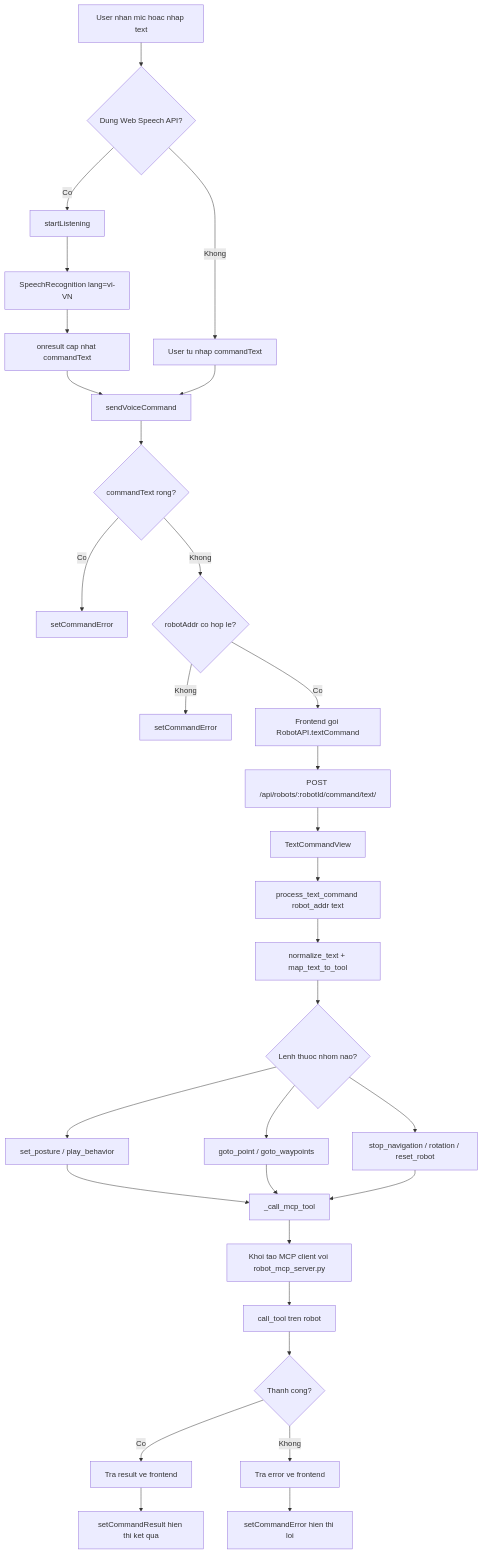
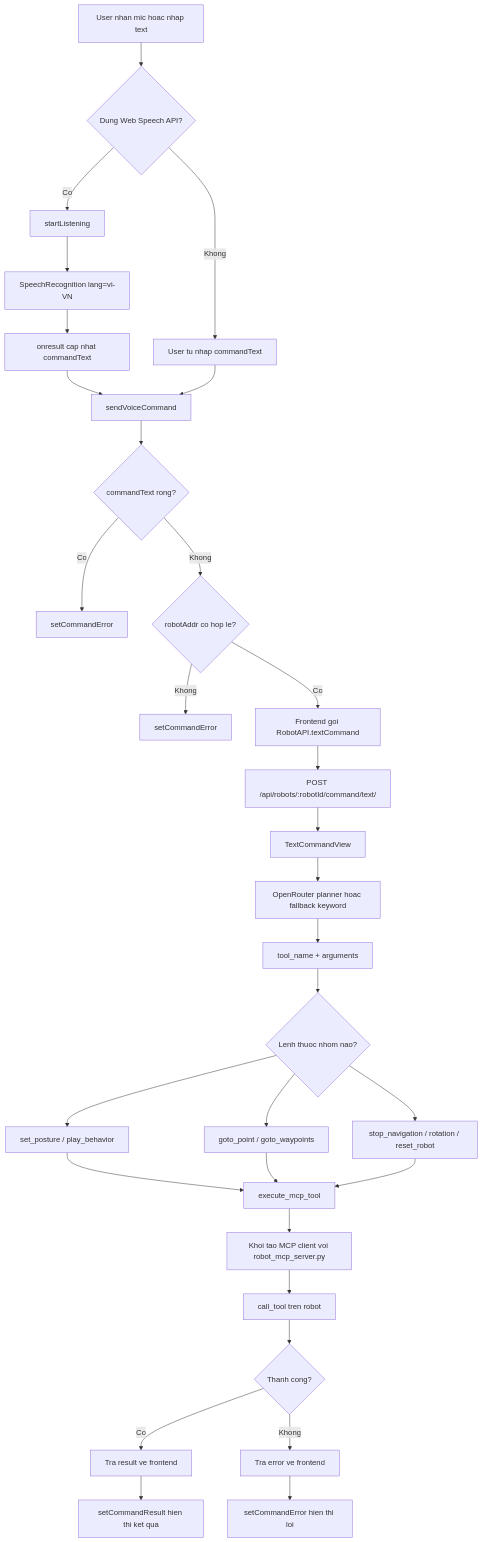
Before and after one commit to hoangbao2709/HK251-DAGD1-430-dogzilla_robot: the first of 2 diagrams in docs/ai-voice-qr-flowchart.md, drawn with Mermaid. The commit also changed 17 other files, not shown here.

````diff
--- a/docs/ai-voice-qr-flowchart.md
+++ b/docs/ai-voice-qr-flowchart.md
@@ -5,33 +5,33 @@
 ```mermaid
 flowchart TD
     A[User nhan mic hoac nhap text] --> B{Dung Web Speech API?}
     B -- Co --> C[startListening]
     C --> D[SpeechRecognition lang=vi-VN]
     D --> E[onresult cap nhat commandText]
     B -- Khong --> F[User tu nhap commandText]
     E --> G[sendVoiceCommand]
     F --> G
     G --> H{commandText rong?}
     H -- Co --> H1[setCommandError]
     H -- Khong --> I{robotAddr co hop le?}
     I -- Khong --> I1[setCommandError]
     I -- Co --> J[Frontend goi RobotAPI.textCommand]
     J --> K[POST /api/robots/:robotId/command/text/]
     K --> L[TextCommandView]
-    L --> M[process_text_command robot_addr text]
-    M --> N[normalize_text + map_text_to_tool]
+    L --> M[OpenRouter planner hoac fallback keyword]
+    M --> N[tool_name + arguments]
     N --> O{Lenh thuoc nhom nao?}
     O --> O1[set_posture / play_behavior]
     O --> O2[goto_point / goto_waypoints]
     O --> O3[stop_navigation / rotation / reset_robot]
-    O1 --> P[_call_mcp_tool]
+    O1 --> P[execute_mcp_tool]
     O2 --> P
     O3 --> P
     P --> Q[Khoi tao MCP client voi robot_mcp_server.py]
     Q --> R[call_tool tren robot]
     R --> S{Thanh cong?}
     S -- Co --> T[Tra result ve frontend]
     S -- Khong --> U[Tra error ve frontend]
     T --> V[setCommandResult hien thi ket qua]
     U --> W[setCommandError hien thi loi]
 ```
````
